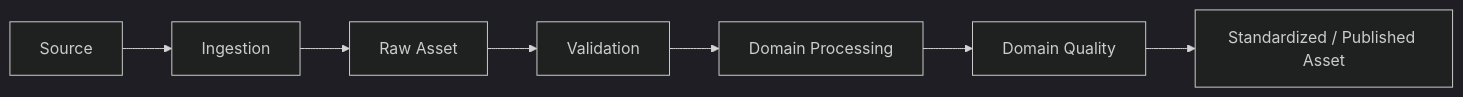
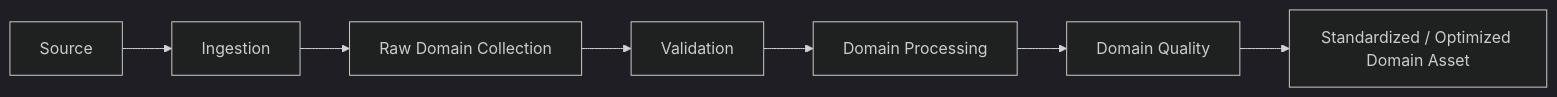
The diagram in docs/l2-domain-processing.md (Thomas-Malchers/urban_ai_lab), drawn with Mermaid (dark theme) before and after one commit. The commit also changed other lines of this file and 12 other files, not shown here.

````diff
--- a/docs/l2-domain-processing.md
+++ b/docs/l2-domain-processing.md
@@ -5,6 +5,6 @@
 ```mermaid
 flowchart LR
-    S["Source"] --> I["Ingestion"] --> R["Raw Asset"]
+    S["Source"] --> I["Ingestion"] --> R["Raw Domain Collection"]
     R --> V["Validation"] --> P["Domain Processing"]
-    P --> Q["Domain Quality"] --> O["Standardized / Published Asset"]
+    P --> Q["Domain Quality"] --> O["Standardized / Optimized Domain Asset"]
 ```
````
